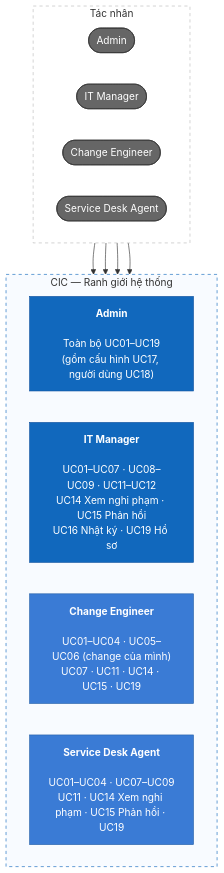
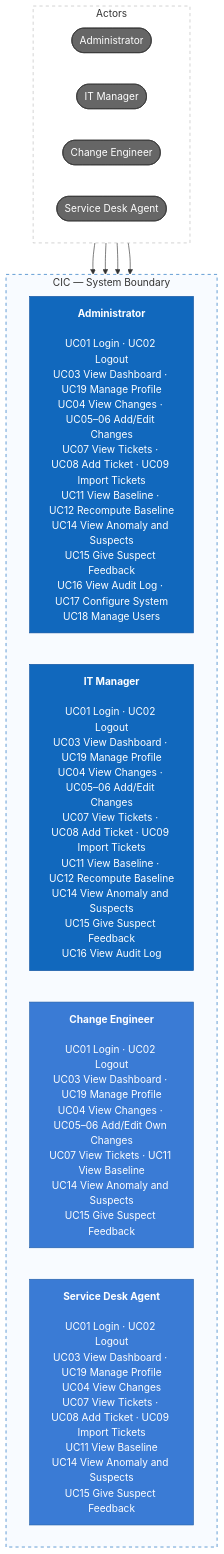
The second of 3 diagrams in README.md (DuykoNgu/practise), drawn with Mermaid before and after one commit. The commit also changed other lines of this file and 5 other files, not shown here.

````diff
--- a/README.md
+++ b/README.md
@@ -56,32 +82,32 @@
 ```mermaid
 flowchart TB
-    subgraph roles["Tác nhân"]
+    subgraph roles["Actors"]
         direction LR
-        admin(["Admin"])
-        mgr(["IT Manager"])
-        eng(["Change Engineer"])
+        admin(["Administrator"])
+        manager(["IT Manager"])
+        engineer(["Change Engineer"])
         agent(["Service Desk Agent"])
     end
 
-    subgraph system["CIC — Ranh giới hệ thống"]
+    subgraph system["CIC — System Boundary"]
         direction LR
-        adminCases["<b>Admin</b><br/><br/>Toàn bộ UC01–UC19<br/>(gồm cấu hình UC17, người dùng UC18)"]
-        mgrCases["<b>IT Manager</b><br/><br/>UC01–UC07 · UC08–UC09 · UC11–UC12<br/>UC14 Xem nghi phạm · UC15 Phản hồi<br/>UC16 Nhật ký · UC19 Hồ sơ"]
-        engCases["<b>Change Engineer</b><br/><br/>UC01–UC04 · UC05–UC06 (change của mình)<br/>UC07 · UC11 · UC14 · UC15 · UC19"]
-        agentCases["<b>Service Desk Agent</b><br/><br/>UC01–UC04 · UC07–UC09<br/>UC11 · UC14 Xem nghi phạm · UC15 Phản hồi · UC19"]
+        adminCases["<b>Administrator</b><br/><br/>UC01 Login · UC02 Logout<br/>UC03 View Dashboard · UC19 Manage Profile<br/>UC04 View Changes · UC05–06 Add/Edit Changes<br/>UC07 View Tickets · UC08 Add Ticket · UC09 Import Tickets<br/>UC11 View Baseline · UC12 Recompute Baseline<br/>UC14 View Anomaly and Suspects<br/>UC15 Give Suspect Feedback<br/>UC16 View Audit Log · UC17 Configure System<br/>UC18 Manage Users"]
+        managerCases["<b>IT Manager</b><br/><br/>UC01 Login · UC02 Logout<br/>UC03 View Dashboard · UC19 Manage Profile<br/>UC04 View Changes · UC05–06 Add/Edit Changes<br/>UC07 View Tickets · UC08 Add Ticket · UC09 Import Tickets<br/>UC11 View Baseline · UC12 Recompute Baseline<br/>UC14 View Anomaly and Suspects<br/>UC15 Give Suspect Feedback<br/>UC16 View Audit Log"]
+        engineerCases["<b>Change Engineer</b><br/><br/>UC01 Login · UC02 Logout<br/>UC03 View Dashboard · UC19 Manage Profile<br/>UC04 View Changes · UC05–06 Add/Edit Own Changes<br/>UC07 View Tickets · UC11 View Baseline<br/>UC14 View Anomaly and Suspects<br/>UC15 Give Suspect Feedback"]
+        agentCases["<b>Service Desk Agent</b><br/><br/>UC01 Login · UC02 Logout<br/>UC03 View Dashboard · UC19 Manage Profile<br/>UC04 View Changes<br/>UC07 View Tickets · UC08 Add Ticket · UC09 Import Tickets<br/>UC11 View Baseline<br/>UC14 View Anomaly and Suspects<br/>UC15 Give Suspect Feedback"]
     end
 
     admin --> adminCases
-    mgr --> mgrCases
-    eng --> engCases
+    manager --> managerCases
+    engineer --> engineerCases
     agent --> agentCases
 
     classDef actor fill:#666,color:#fff,stroke:#333
     classDef primary fill:#1168bd,color:#fff,stroke:#0b4f9e
     classDef standard fill:#3a7bd5,color:#fff,stroke:#245fa8
-    class admin,mgr,eng,agent actor
-    class adminCases,mgrCases primary
-    class engCases,agentCases standard
+    class admin,manager,engineer,agent actor
+    class adminCases,managerCases primary
+    class engineerCases,agentCases standard
     style roles fill:#fff,stroke:#bbb,stroke-dasharray:5 5
     style system fill:#f8fbff,stroke:#1168bd,stroke-dasharray:5 5
 ```
````
